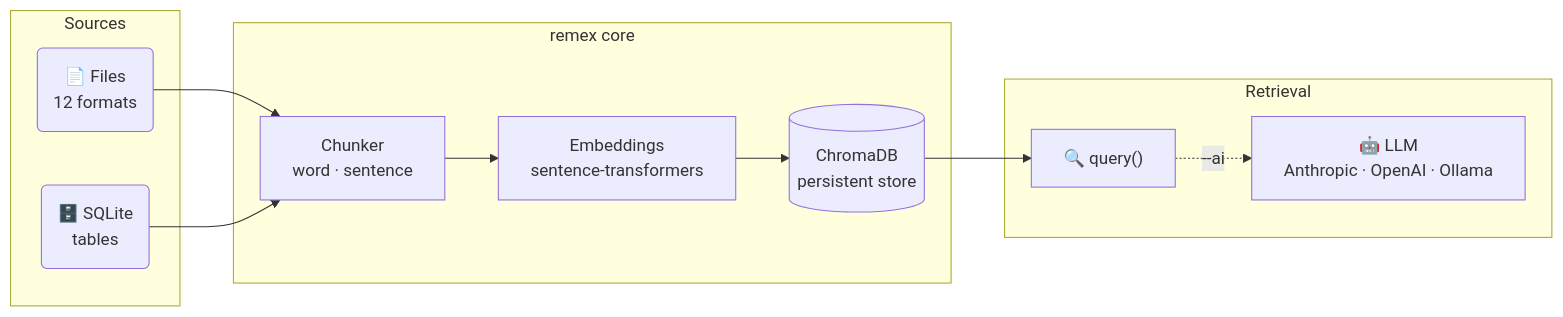
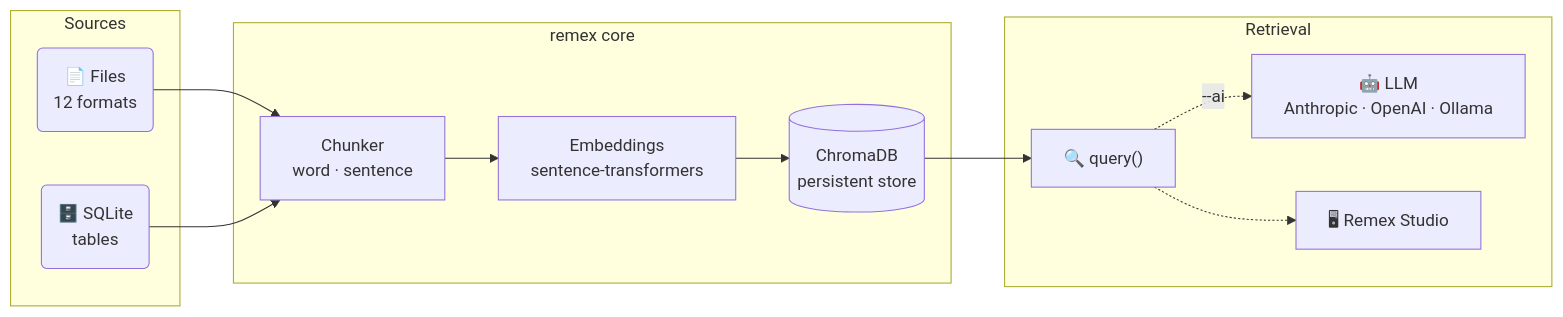
Before and after one commit to adm-crow/remex: the diagram in README.md, drawn with Mermaid. The commit also changed other lines of this file and 91 other files, not shown here.

````diff
--- a/README.md
+++ b/README.md
@@ -30,24 +38,26 @@
 ```mermaid
 flowchart LR
     subgraph Sources
         A("📄 Files\n12 formats")
         B("🗄️ SQLite\ntables")
     end
 
     subgraph remex core
         C["Chunker\nword · sentence"]
         D["Embeddings\nsentence-transformers"]
         E[("ChromaDB\npersistent store")]
     end
 
     subgraph Retrieval
         F["🔍 query()"]
         G["🤖 LLM\nAnthropic · OpenAI · Ollama"]
+        H["🖥 Remex Studio"]
     end
 
     A --> C
     B --> C
     C --> D --> E
     E --> F
     F -.->|"--ai"| G
+    F -.-> H
 ```
````
